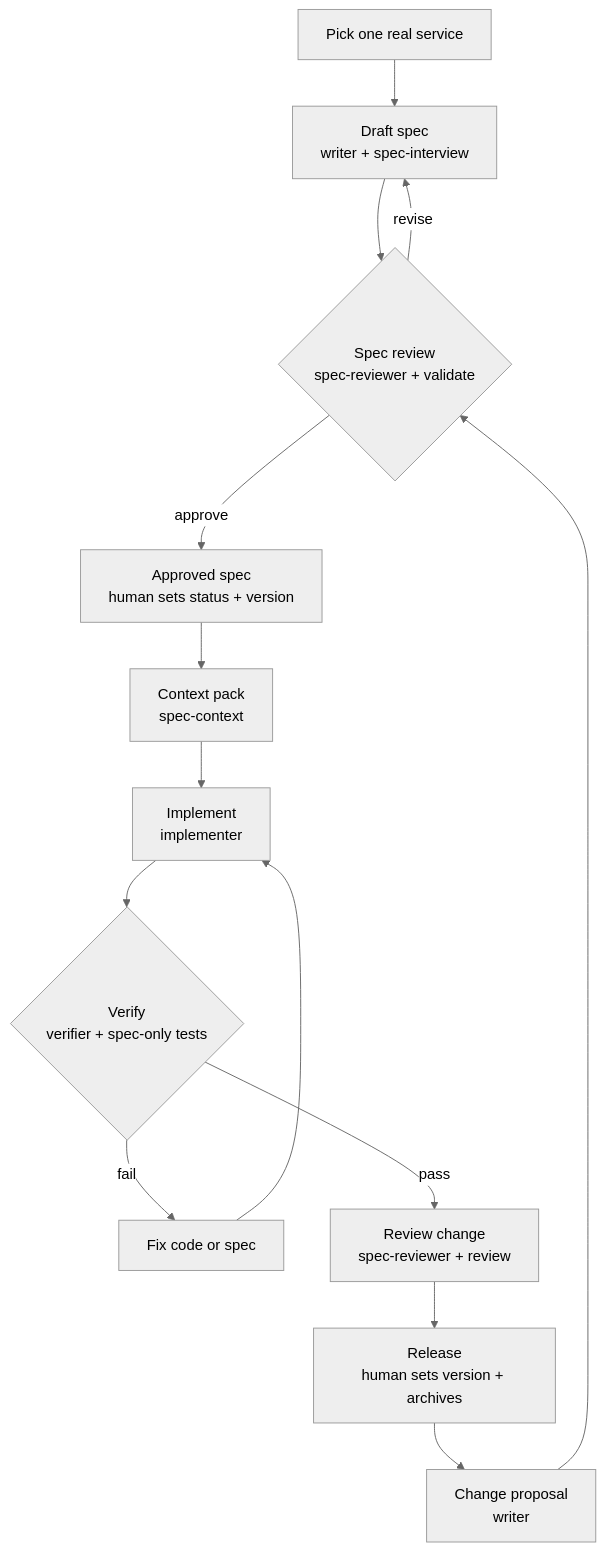
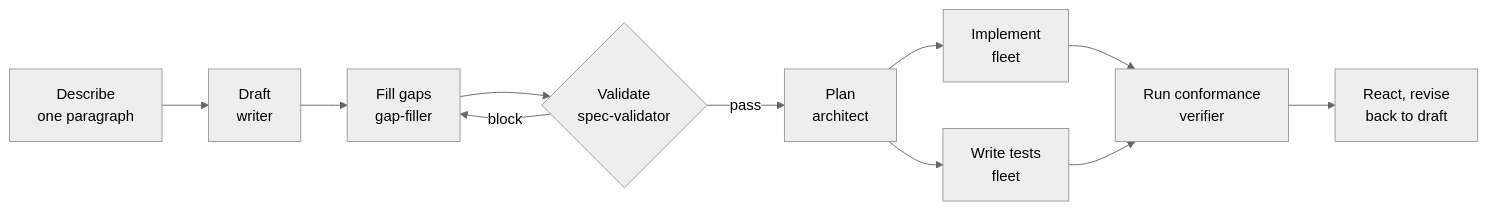
Before and after one commit to wy900416/specd: the diagram in README.md, drawn with Mermaid (neutral theme). The commit also changed other lines of this file and 64 other files, not shown here.

````diff
--- a/README.md
+++ b/README.md
@@ -26,16 +24,13 @@
 ```mermaid
-flowchart TD
-  A["Pick one real service"] --> B["Draft spec<br/>writer + spec-interview"]
-  B --> C{"Spec review<br/>spec-reviewer + validate"}
-  C -- revise --> B
-  C -- approve --> D["Approved spec<br/>human sets status + version"]
-  D --> E["Context pack<br/>spec-context"]
-  E --> F["Implement<br/>implementer"]
-  F --> G{"Verify<br/>verifier + spec-only tests"}
-  G -- fail --> H["Fix code or spec"]
-  H --> F
-  G -- pass --> I["Review change<br/>spec-reviewer + review"]
-  I --> J["Release<br/>human sets version + archives"]
-  J --> K["Change proposal<br/>writer"]
-  K --> C
+flowchart LR
+  A["Describe<br/>one paragraph"] --> B["Draft<br/>writer"]
+  B --> C["Fill gaps<br/>gap-filler"]
+  C --> D{"Validate<br/>spec-validator"}
+  D -- block --> C
+  D -- pass --> P["Plan<br/>architect"]
+  P --> I["Implement<br/>fleet"]
+  P --> T["Write tests<br/>fleet"]
+  I --> R["Run conformance<br/>verifier"]
+  T --> R
+  R --> G["React, revise<br/>back to draft"]
 ```
````
